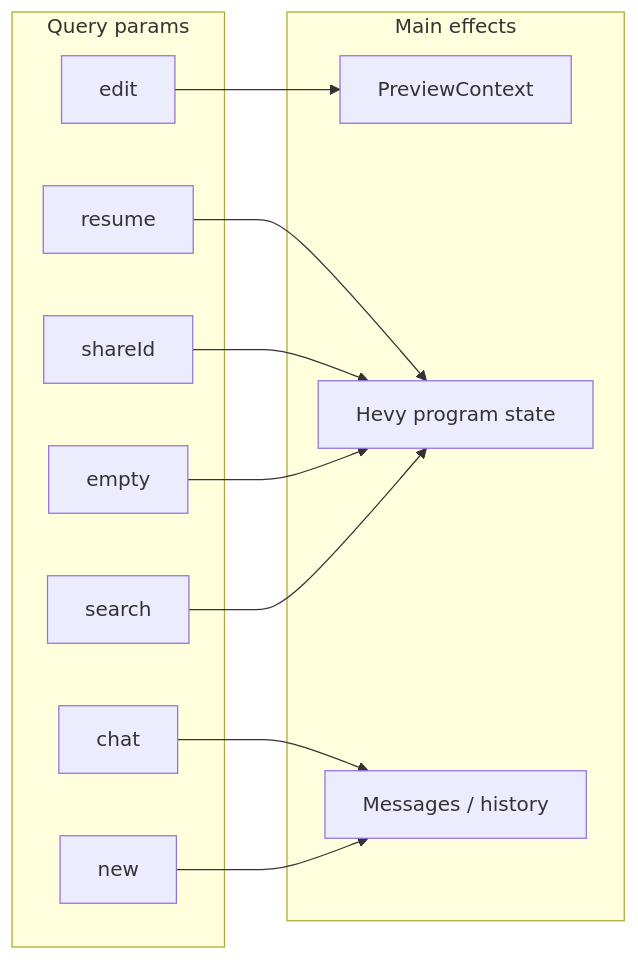
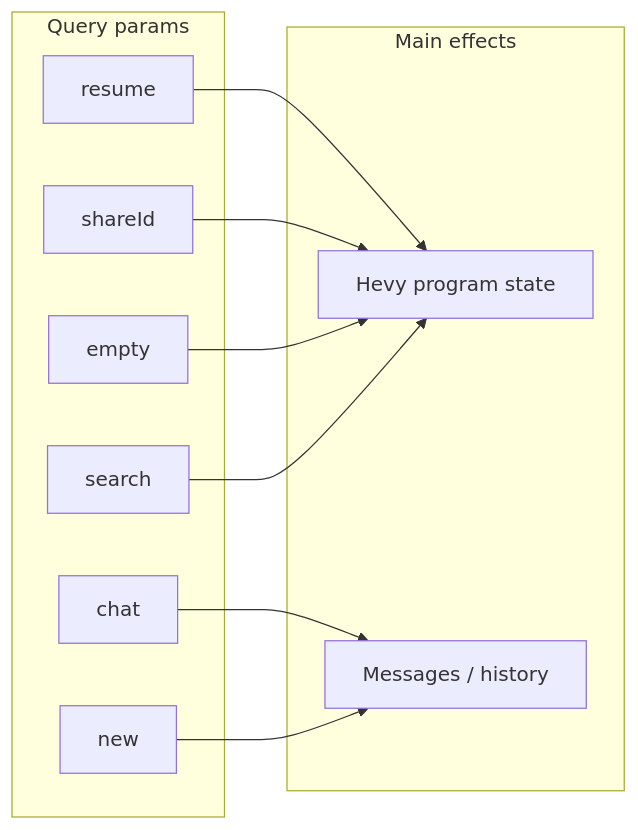
Before and after one commit to proxima-fitness/proxima: the diagram in docs/build-program-url-params.md, drawn with Mermaid. The commit also changed other lines of this file and 18 other files, not shown here.

Commit message:
removed edit as it is implied and we no longer have a preview mode anyway

````diff
--- a/docs/build-program-url-params.md
+++ b/docs/build-program-url-params.md
@@ -55,24 +54,21 @@
 ```mermaid
 flowchart LR
   subgraph params [Query params]
-    edit
     resume
     shareId
     empty
     search
     chat
     new
   end
   subgraph effects [Main effects]
-    preview[PreviewContext]
     program[Hevy program state]
     chatState[Messages / history]
   end
-  edit --> preview
   resume --> program
   shareId --> program
   empty --> program
   search --> program
   chat --> chatState
   new --> chatState
 ```
````
